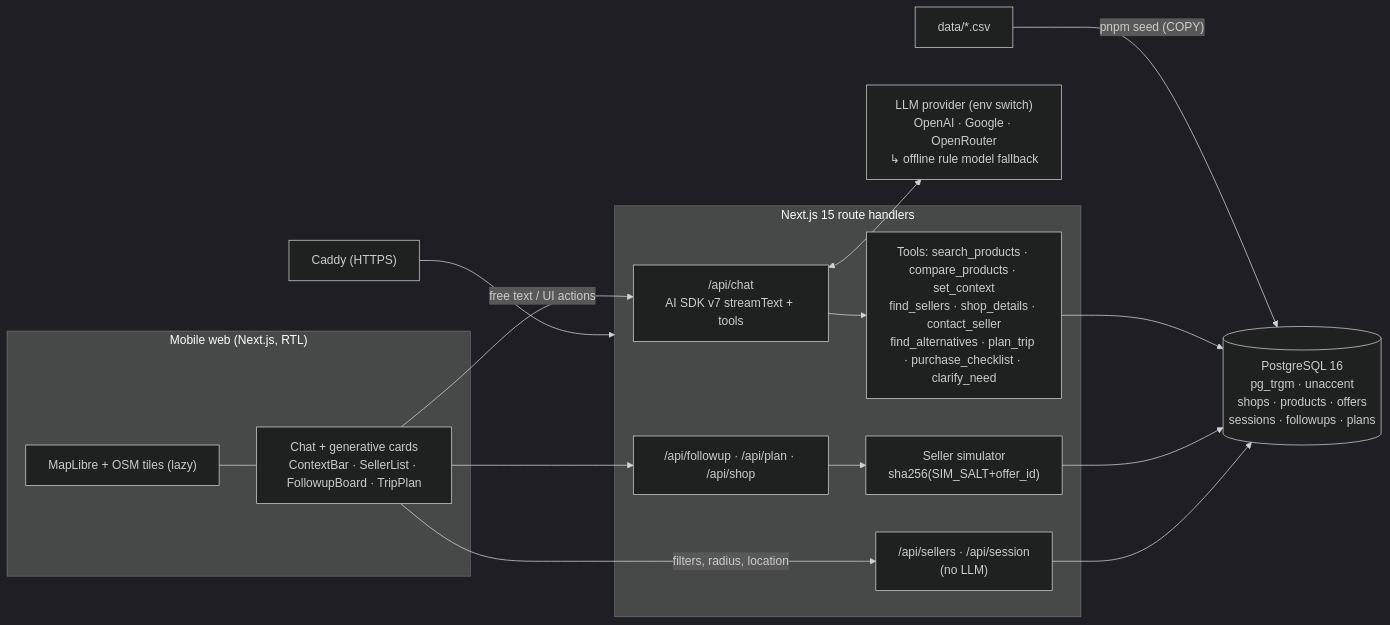
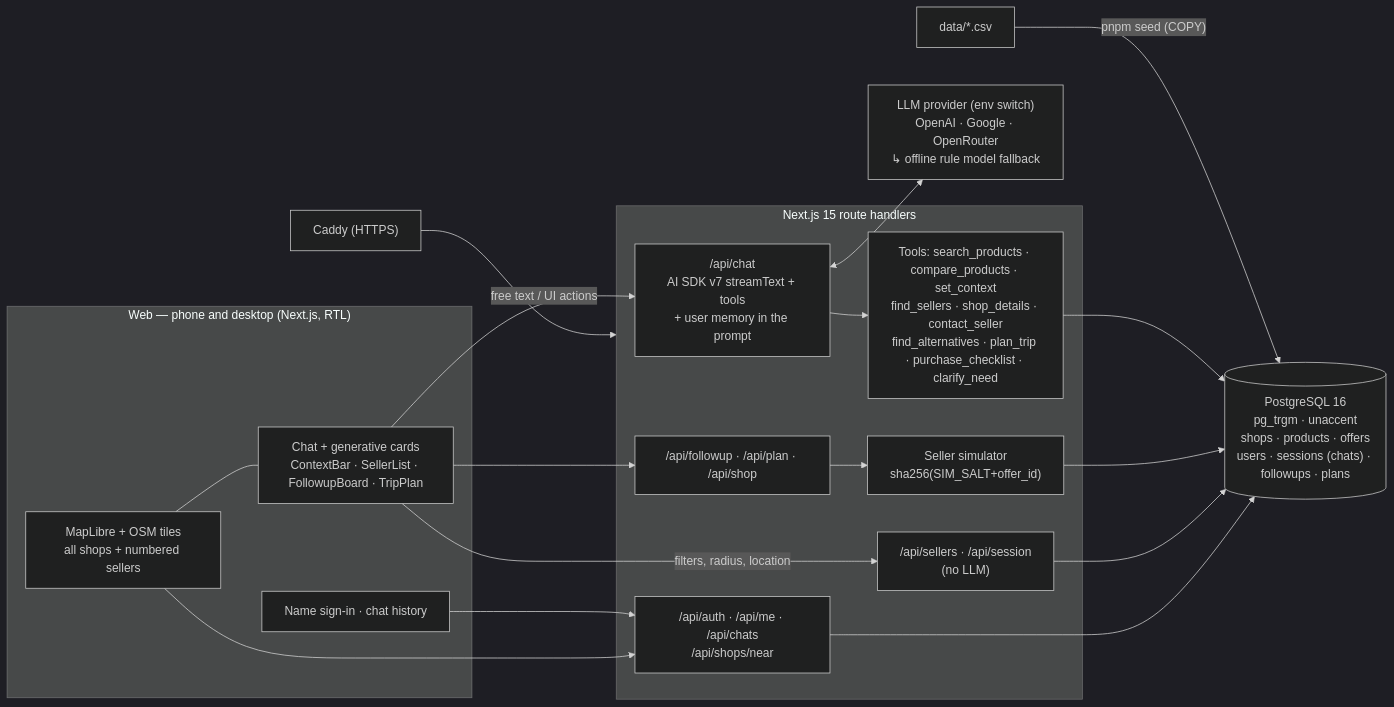
Before and after one commit to husseinrasti/torob-seller-agent: the diagram in README.md, drawn with Mermaid (dark theme). The commit also changed other lines of this file and 50 other files, not shown here.

First line of the commit message:
docs: sign-in, history, memory, desktop and shops map; new screenshots

````diff
--- a/README.md
+++ b/README.md
@@ -46,26 +56,31 @@
 ```mermaid
 flowchart LR
-  subgraph Browser["Mobile web (Next.js, RTL)"]
+  subgraph Browser["Web — phone and desktop (Next.js, RTL)"]
     UI["Chat + generative cards<br/>ContextBar · SellerList · FollowupBoard · TripPlan"]
-    MAP["MapLibre + OSM tiles (lazy)"]
+    HIST["Name sign-in · chat history"]
+    MAP["MapLibre + OSM tiles<br/>all shops + numbered sellers"]
   end
   subgraph App["Next.js 15 route handlers"]
-    CHAT["/api/chat<br/>AI SDK v7 streamText + tools"]
+    CHAT["/api/chat<br/>AI SDK v7 streamText + tools<br/>+ user memory in the prompt"]
     SELL["/api/sellers · /api/session<br/>(no LLM)"]
     FU["/api/followup · /api/plan · /api/shop"]
+    ACC["/api/auth · /api/me · /api/chats<br/>/api/shops/near"]
     TOOLS["Tools: search_products · compare_products · set_context<br/>find_sellers · shop_details · contact_seller<br/>find_alternatives · plan_trip · purchase_checklist · clarify_need"]
     SIM["Seller simulator<br/>sha256(SIM_SALT+offer_id)"]
   end
   LLM["LLM provider (env switch)<br/>OpenAI · Google · OpenRouter<br/>↳ offline rule model fallback"]
-  DB[("PostgreSQL 16<br/>pg_trgm · unaccent<br/>shops · products · offers<br/>sessions · followups · plans")]
+  DB[("PostgreSQL 16<br/>pg_trgm · unaccent<br/>shops · products · offers<br/>users · sessions (chats) · followups · plans")]
   CSV["data/*.csv"] -->|"pnpm seed (COPY)"| DB
   UI -->|"free text / UI actions"| CHAT
   UI -->|"filters, radius, location"| SELL
   UI --> FU
+  HIST --> ACC
+  MAP --> ACC
   CHAT --> TOOLS --> DB
   CHAT <--> LLM
   FU --> SIM --> DB
   SELL --> DB
+  ACC --> DB
   MAP --- UI
   CADDY["Caddy (HTTPS)"] --> App
 ```
````
